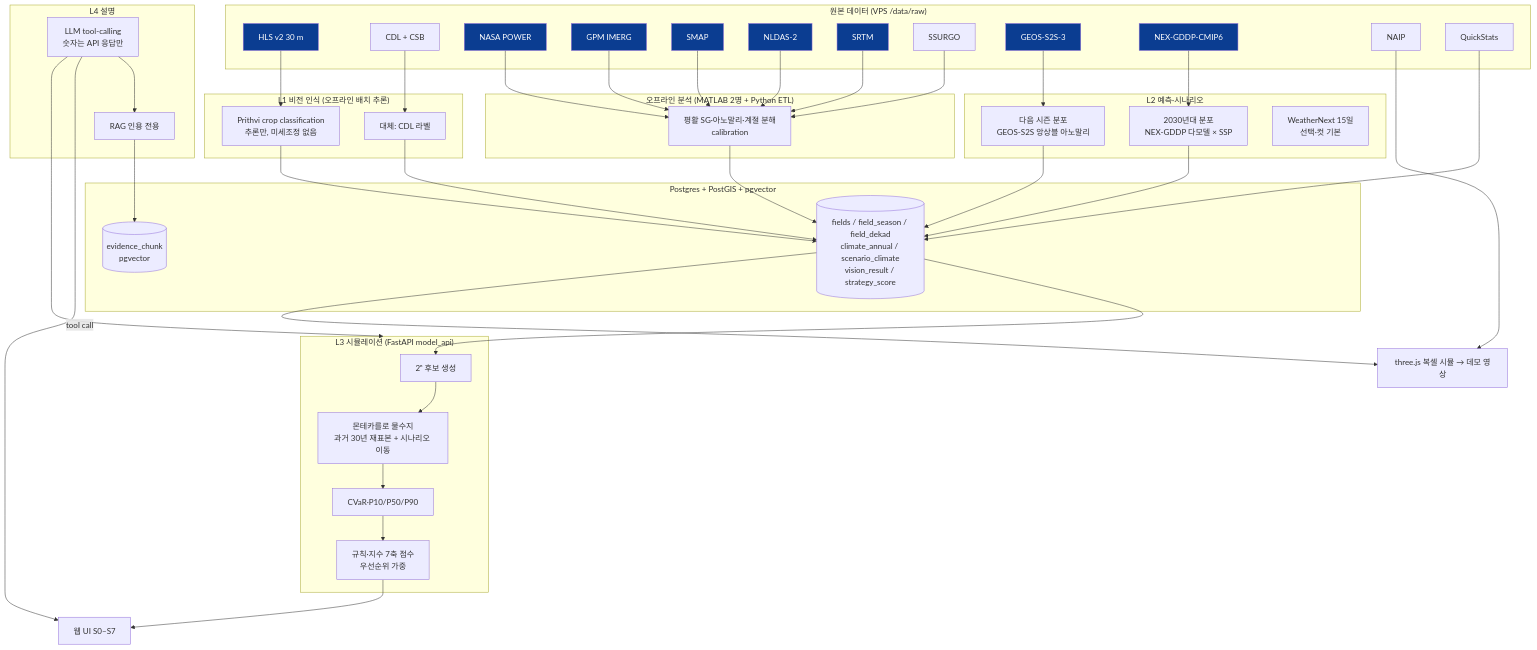
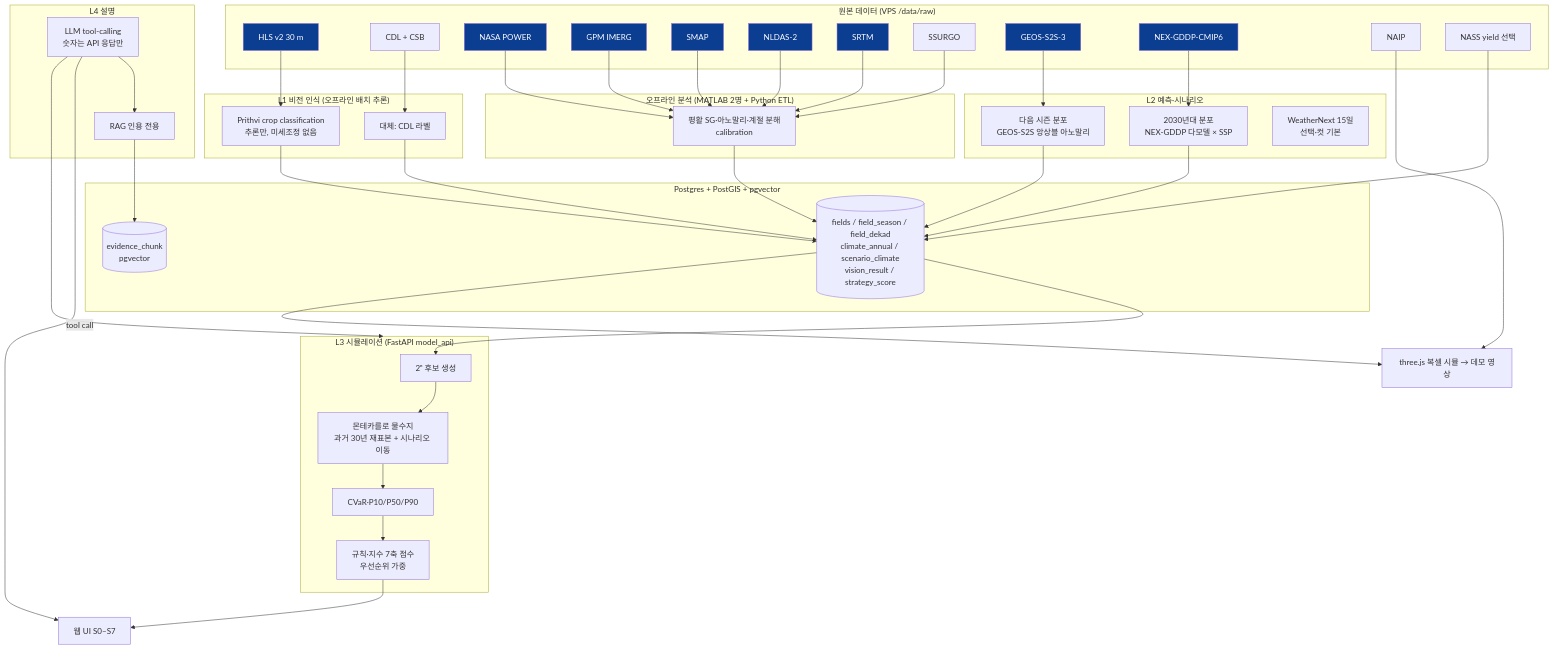
The second of 3 diagrams in docs/TEAM_SPEC.md (cloudsnuchoi/2026NASA), drawn with Mermaid before and after one commit. The commit also changed other lines of this file and 11 other files, not shown here.

First line of the commit message:
docs: add architecture, status dashboard, two-tier data, and optional NASS yields

````diff
--- a/docs/TEAM_SPEC.md
+++ b/docs/TEAM_SPEC.md
@@ -186,67 +186,67 @@
 ```mermaid
 flowchart TB
   subgraph RAW["원본 데이터 (VPS /data/raw)"]
     HLS[HLS v2 30 m]:::nasa
     CDL[CDL + CSB]
     PWR[NASA POWER]:::nasa
     IMG[GPM IMERG]:::nasa
     SMP[SMAP]:::nasa
     NLD[NLDAS-2]:::nasa
     SRT[SRTM]:::nasa
     SSU[SSURGO]
     S2S[GEOS-S2S-3]:::nasa
     NEX[NEX-GDDP-CMIP6]:::nasa
     NAIP[NAIP]
-    QS[QuickStats]
+    QS[NASS yield 선택]
   end
 
   subgraph L1["L1 비전 인식 (오프라인 배치 추론)"]
     PRI[Prithvi crop classification<br/>추론만, 미세조정 없음]
     FB1[대체: CDL 라벨]
   end
 
   subgraph OFF["오프라인 분석 (MATLAB 2명 + Python ETL)"]
     MAT[평활 SG·아노말리·계절 분해<br/>calibration]
   end
 
   subgraph L2["L2 예측·시나리오"]
     SEA[다음 시즌 분포<br/>GEOS-S2S 앙상블 아노말리]
     MID[2030년대 분포<br/>NEX-GDDP 다모델 × SSP]
     WN[WeatherNext 15일<br/>선택·컷 기본]
   end
 
   subgraph DB["Postgres + PostGIS + pgvector"]
     FT[(fields / field_season / field_dekad<br/>climate_annual / scenario_climate<br/>vision_result / strategy_score)]
     EV[(evidence_chunk<br/>pgvector)]
   end
 
   subgraph L3["L3 시뮬레이션 (FastAPI model_api)"]
     MC[몬테카를로 물수지<br/>과거 30년 재표본 + 시나리오 이동]
     CV[CVaR·P10/P50/P90]
     SC[규칙·지수 7축 점수<br/>우선순위 가중]
     CAND[2ⁿ 후보 생성]
   end
 
   subgraph L4["L4 설명"]
     LLM[LLM tool-calling<br/>숫자는 API 응답만]
     RAG[RAG 인용 전용]
   end
 
   UI[웹 UI S0–S7]
   SIM[three.js 복셀 시뮬 → 데모 영상]
 
   HLS --> PRI --> FT
   CDL --> FB1 --> FT
   PWR & IMG & SMP & NLD & SRT & SSU --> MAT --> FT
   S2S --> SEA --> FT
   NEX --> MID --> FT
   QS --> FT
   FT --> CAND --> MC --> CV --> SC
   SC --> UI
   LLM -->|tool call| L3
   LLM --> RAG --> EV
   LLM --> UI
   FT --> SIM
   NAIP --> SIM
   classDef nasa fill:#0b3d91,color:#fff
 ```
````
